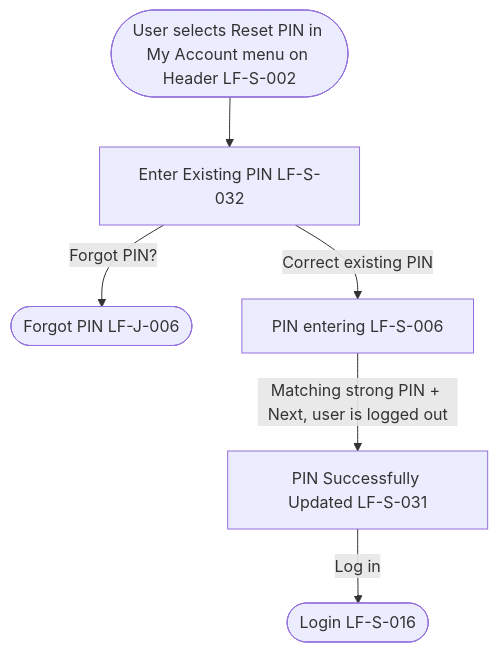
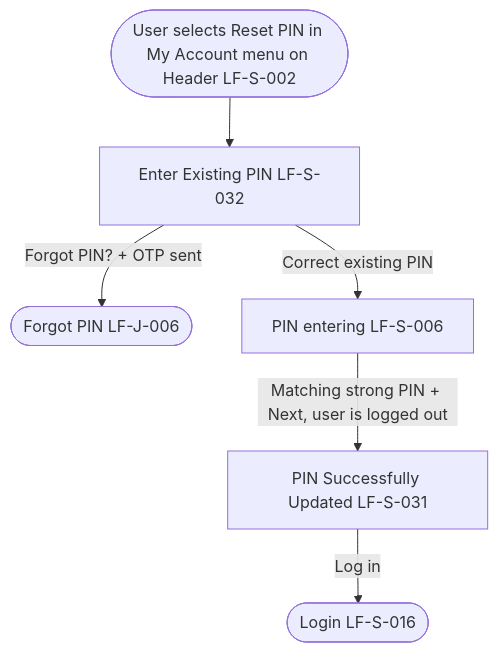
One commit to nandong-tech/product-management changed the diagram in prebuilt_prds/LF-J-007-reset-pin.md. Above: the diagram before and after it, drawn with Mermaid. The commit also changed other lines of this file and 73 other files, not shown here.

````diff
--- a/prebuilt_prds/LF-J-007-reset-pin.md
+++ b/prebuilt_prds/LF-J-007-reset-pin.md
@@ -59,8 +56,8 @@
 ```mermaid
 flowchart TD
   start([User selects Reset PIN in My Account menu on Header LF-S-002]) --> currentPin[Enter Existing PIN LF-S-032]
-  currentPin -->|Forgot PIN?| forgot([Forgot PIN LF-J-006])
+  currentPin -->|Forgot PIN? + OTP sent| forgot([Forgot PIN LF-J-006])
   currentPin -->|Correct existing PIN| pin[PIN entering LF-S-006]
   pin -->|Matching strong PIN + Next, user is logged out| success[PIN Successfully Updated LF-S-031]
   success -->|Log in| login([Login LF-S-016])
 ```
````
